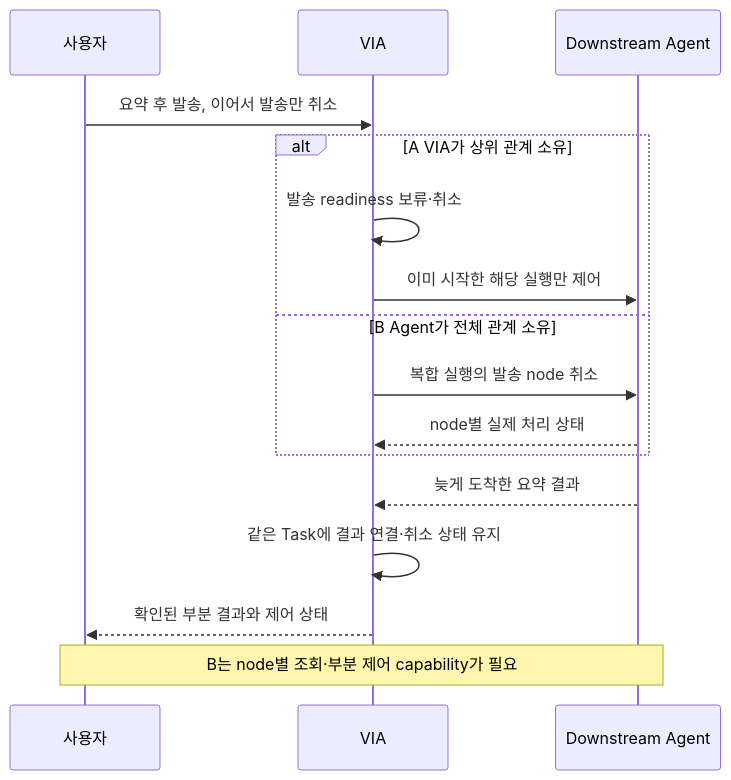
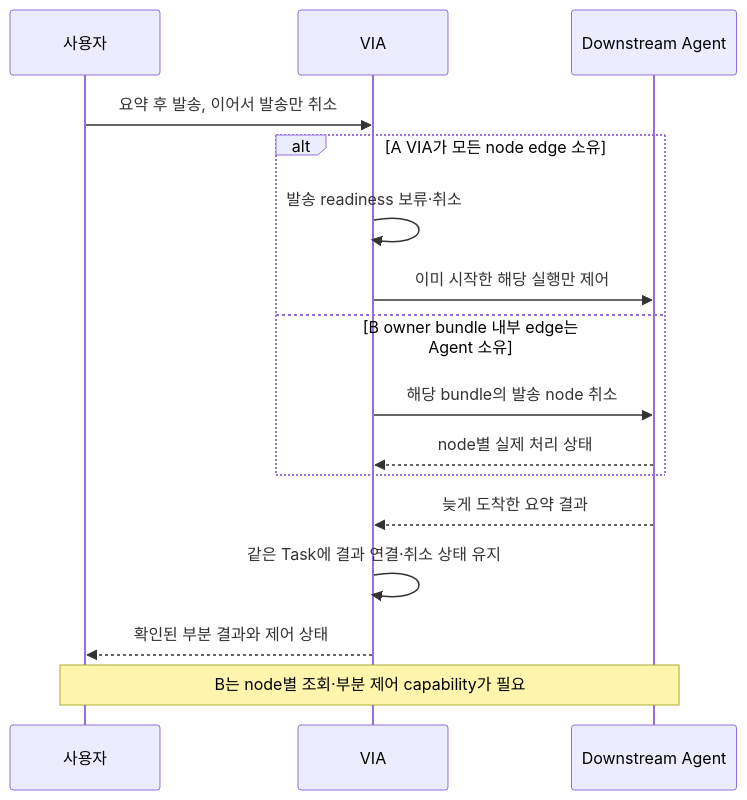
The fourth of 4 diagrams in docs/architecture/12-decisions/via-dp-07-compound-orchestration.md (cbyche/via-sw-architecture), drawn with Mermaid before and after one commit. The commit also changed other lines of this file and 16 other files, not shown here.

````diff
--- a/docs/architecture/12-decisions/via-dp-07-compound-orchestration.md
+++ b/docs/architecture/12-decisions/via-dp-07-compound-orchestration.md
@@ -124,18 +126,18 @@
 ```mermaid
 sequenceDiagram
  participant U as 사용자
  participant V as VIA
  participant A as Downstream Agent
  U->>V: 요약 후 발송, 이어서 발송만 취소
- alt A VIA가 상위 관계 소유
+ alt A VIA가 모든 node edge 소유
  V->>V: 발송 readiness 보류·취소
  V->>A: 이미 시작한 해당 실행만 제어
- else B Agent가 전체 관계 소유
- V->>A: 복합 실행의 발송 node 취소
+ else B owner bundle 내부 edge는 Agent 소유
+ V->>A: 해당 bundle의 발송 node 취소
  A-->>V: node별 실제 처리 상태
  end
  A-->>V: 늦게 도착한 요약 결과
  V->>V: 같은 Task에 결과 연결·취소 상태 유지
  V-->>U: 확인된 부분 결과와 제어 상태
  Note over U,A: B는 node별 조회·부분 제어 capability가 필요
 ```
````
